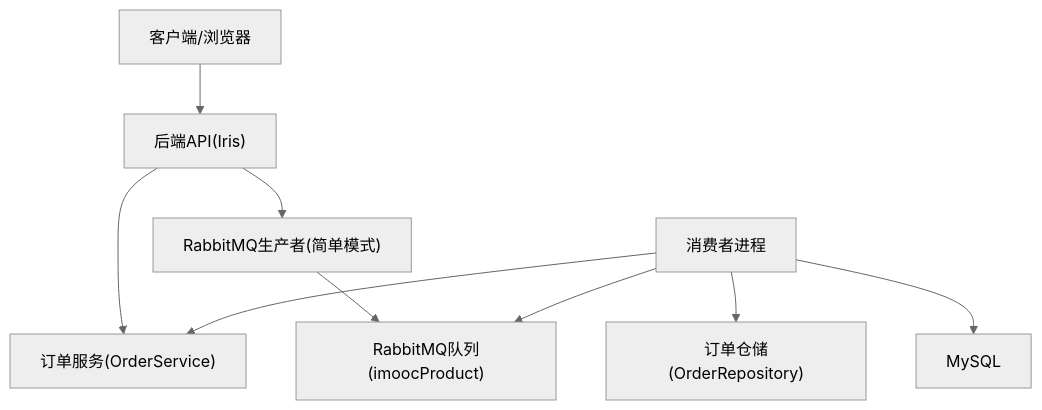
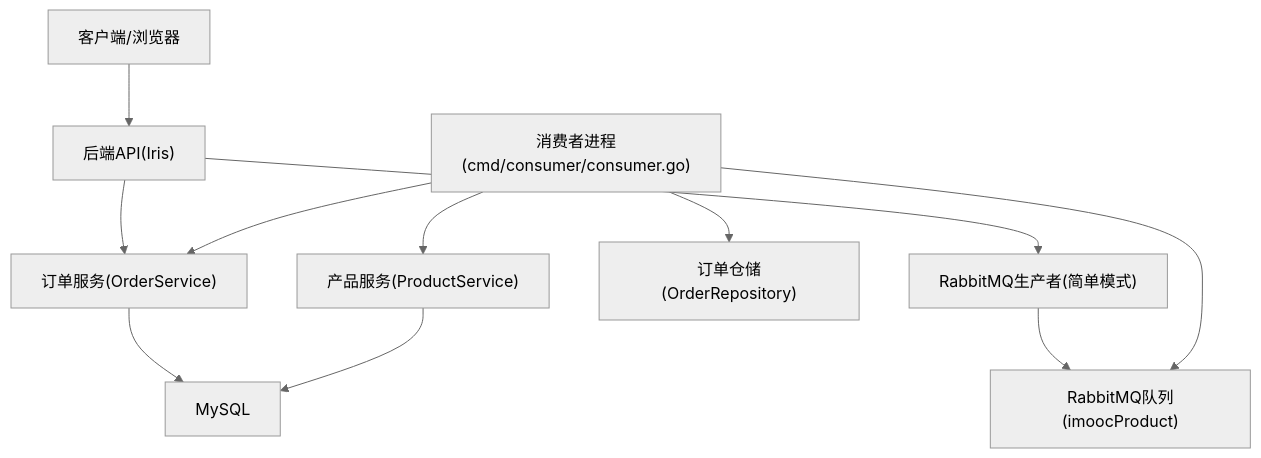
The first of 5 diagrams in .qoder/repowiki/zh/content/高并发处理.md (gbtdesign/e-commerce-t), drawn with Mermaid (neutral theme) before and after one commit. The commit also changed other lines of this file and 53 other files, not shown here.

````diff
--- a/.qoder/repowiki/zh/content/高并发处理.md
+++ b/.qoder/repowiki/zh/content/高并发处理.md
@@ -39,11 +47,13 @@
 ```mermaid
 graph TB
 Client["客户端/浏览器"] --> API["后端API(Iris)"]
 API --> OrderSvc["订单服务(OrderService)"]
 API --> MQPub["RabbitMQ生产者(简单模式)"]
 MQPub --> MQ["RabbitMQ队列(imoocProduct)"]
-Consumer["消费者进程"] --> MQ
+Consumer["消费者进程(cmd/consumer/consumer.go)"] --> MQ
 Consumer --> OrderSvc
 Consumer --> Repo["订单仓储(OrderRepository)"]
-Consumer --> DB["MySQL"]
+Consumer --> ProductSvc["产品服务(ProductService)"]
+OrderSvc --> DB["MySQL"]
+ProductSvc --> DB
 ```
````
